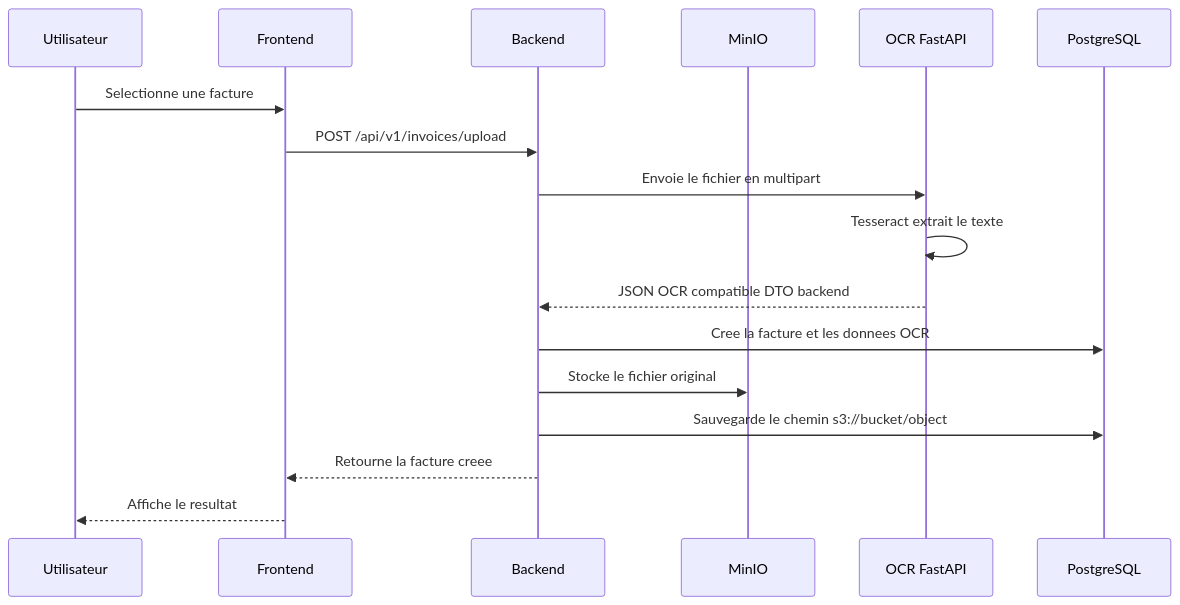
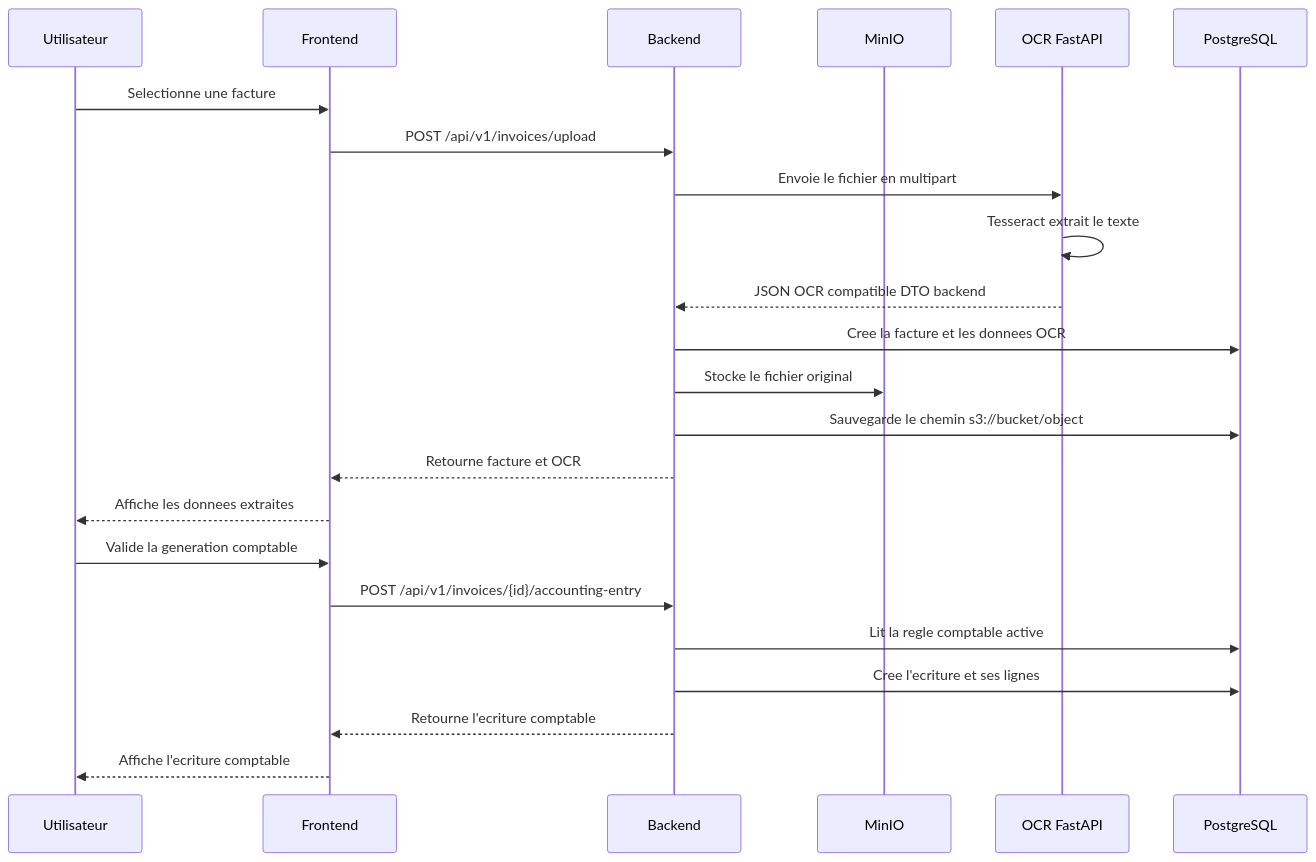
Before and after one commit to fil-rouge-docomptia/docomptia: the third of 4 diagrams in docs/architecture.md, drawn with Mermaid. The commit also changed 2 other files, not shown here.

Commit message:
KAN-40: Document accounting generation workflow

````diff
--- a/docs/architecture.md
+++ b/docs/architecture.md
@@ -90,20 +90,26 @@
 ```mermaid
 sequenceDiagram
     participant U as Utilisateur
     participant F as Frontend
     participant B as Backend
     participant S as MinIO
     participant O as OCR FastAPI
     participant DB as PostgreSQL
 
     U->>F: Selectionne une facture
     F->>B: POST /api/v1/invoices/upload
     B->>O: Envoie le fichier en multipart
     O->>O: Tesseract extrait le texte
     O-->>B: JSON OCR compatible DTO backend
     B->>DB: Cree la facture et les donnees OCR
     B->>S: Stocke le fichier original
     B->>DB: Sauvegarde le chemin s3://bucket/object
-    B-->>F: Retourne la facture creee
-    F-->>U: Affiche le resultat
+    B-->>F: Retourne facture et OCR
+    F-->>U: Affiche les donnees extraites
+    U->>F: Valide la generation comptable
+    F->>B: POST /api/v1/invoices/{id}/accounting-entry
+    B->>DB: Lit la regle comptable active
+    B->>DB: Cree l'ecriture et ses lignes
+    B-->>F: Retourne l'ecriture comptable
+    F-->>U: Affiche l'ecriture comptable
 ```
````
